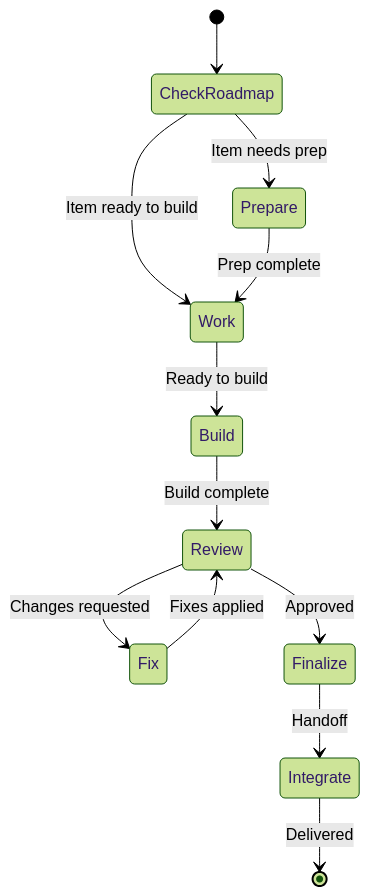
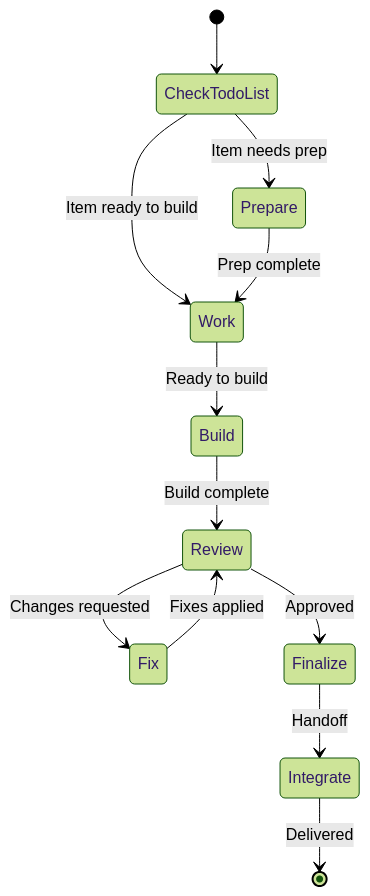
Before and after one commit to InstruktAI/TeleClaude: the first of 4 diagrams in docs/project/design/architecture/next-machine.md, drawn with Mermaid (forest theme). The commit also changed other lines of this file and 77 other files, not shown here.

First line of the commit message:
chore(roadmap-terminology-reference-cleanup): collapse roadmap CLI references into todo

````diff
--- a/docs/project/design/architecture/next-machine.md
+++ b/docs/project/design/architecture/next-machine.md
@@ -37,14 +37,14 @@
 ```mermaid
 stateDiagram-v2
-    [*] --> CheckRoadmap
-    CheckRoadmap --> Prepare: Item needs prep
-    CheckRoadmap --> Work: Item ready to build
+    [*] --> CheckTodoList
+    CheckTodoList --> Prepare: Item needs prep
+    CheckTodoList --> Work: Item ready to build
     Prepare --> Work: Prep complete
     Work --> Build: Ready to build
     Build --> Review: Build complete
     Review --> Fix: Changes requested
     Review --> Finalize: Approved
     Fix --> Review: Fixes applied
     Finalize --> Integrate: Handoff
     Integrate --> [*]: Delivered
 ```
````
